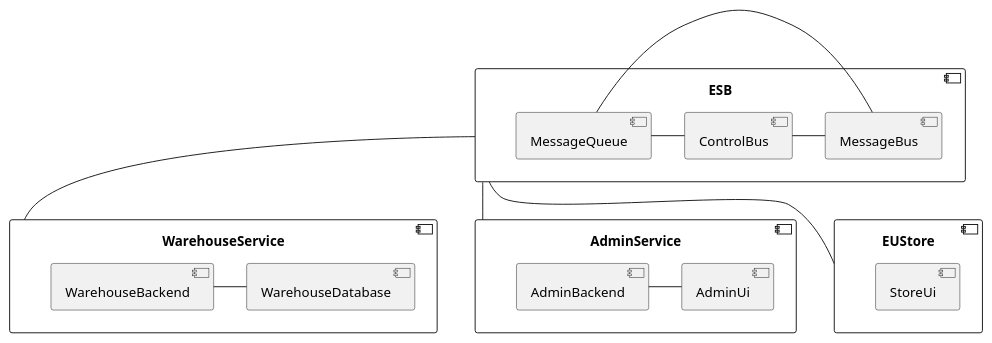
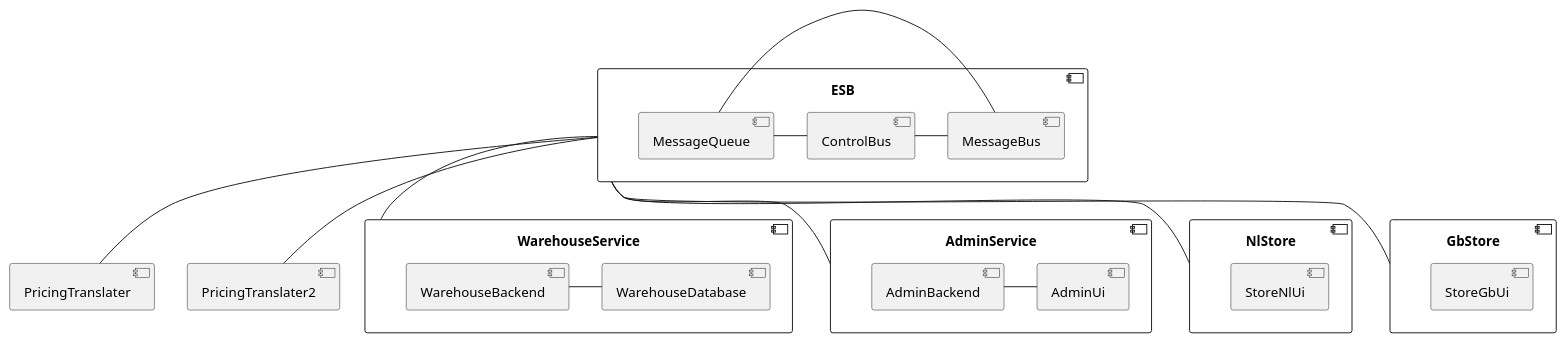
The diagram in uml/overview-diagram.puml (StefanEvanghelides/eai2019), drawn with PlantUML before and after one commit. The commit also changed 8 other files, not shown here.

Commit message:
Extend diagram, add channel for control bus, and parse messages form JSON String to message class

```diff
--- a/uml/overview-diagram.puml
+++ b/uml/overview-diagram.puml
@@ -1,27 +1,42 @@
 @startuml
 
 skinparam componentStyle uml2
 
 ESB -- WarehouseService
 ESB -- AdminService
-ESB -- EUStore
+ESB -- NlStore
+ESB -- GbStore
+ESB -- PricingTranslater
+ESB -- PricingTranslater2
 
 component "ESB" {
 [ControlBus] - [MessageBus]
 [MessageQueue] - [MessageBus]
 [MessageQueue] - [ControlBus]
 }
 
 component "WarehouseService" {
 [WarehouseBackend] - [WarehouseDatabase]
 }
 
 component "AdminService" {
 [AdminBackend] - [AdminUi]
 }
 
-component "EUStore" {
-[StoreUi]
+component "NlStore" {
+[StoreNlUi]
+}
+
+component "GbStore" {
+[StoreGbUi]
+}
+
+component "PricingTranslater" {
+
+}
+
+component "PricingTranslater2" {
+
 }
 
 @enduml
```
